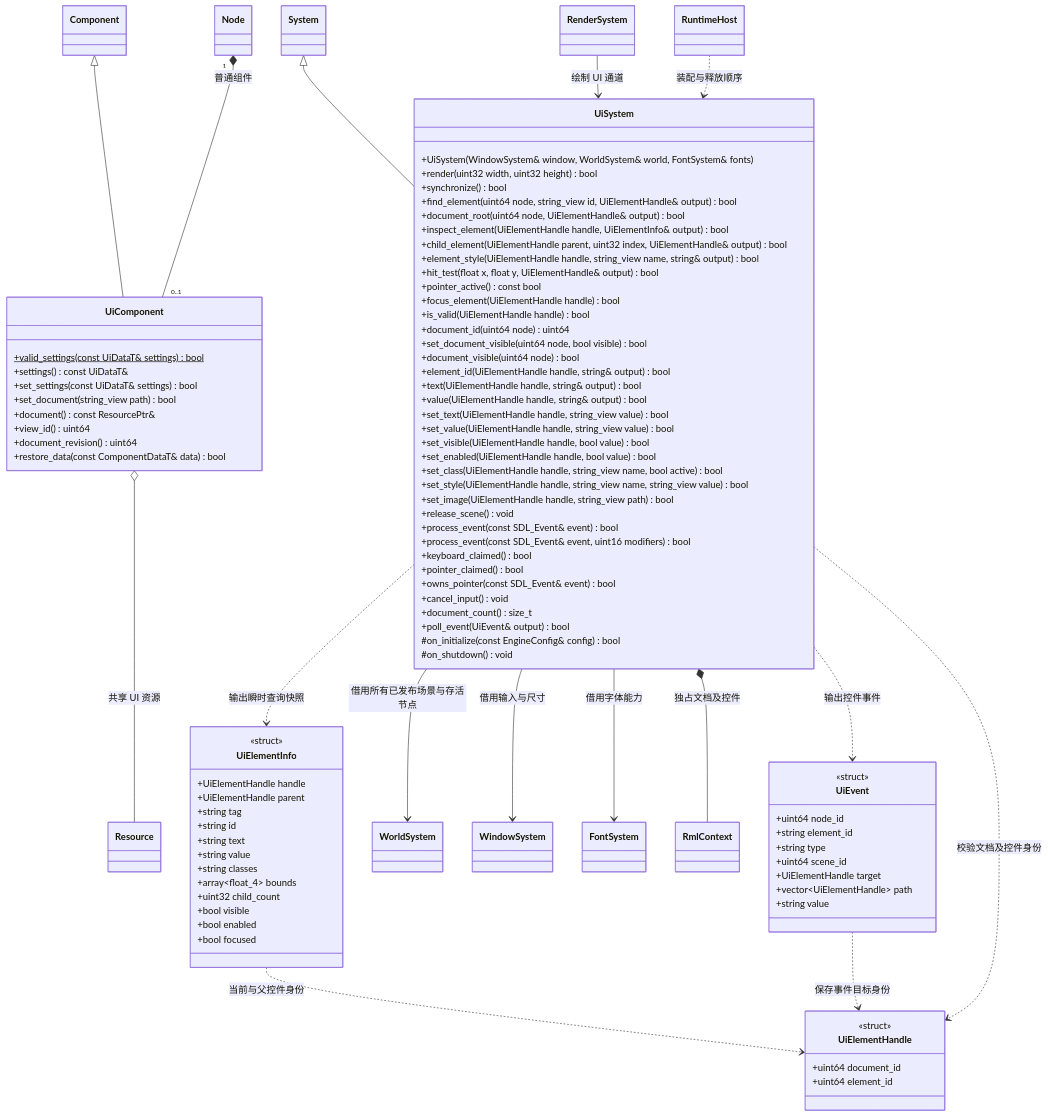
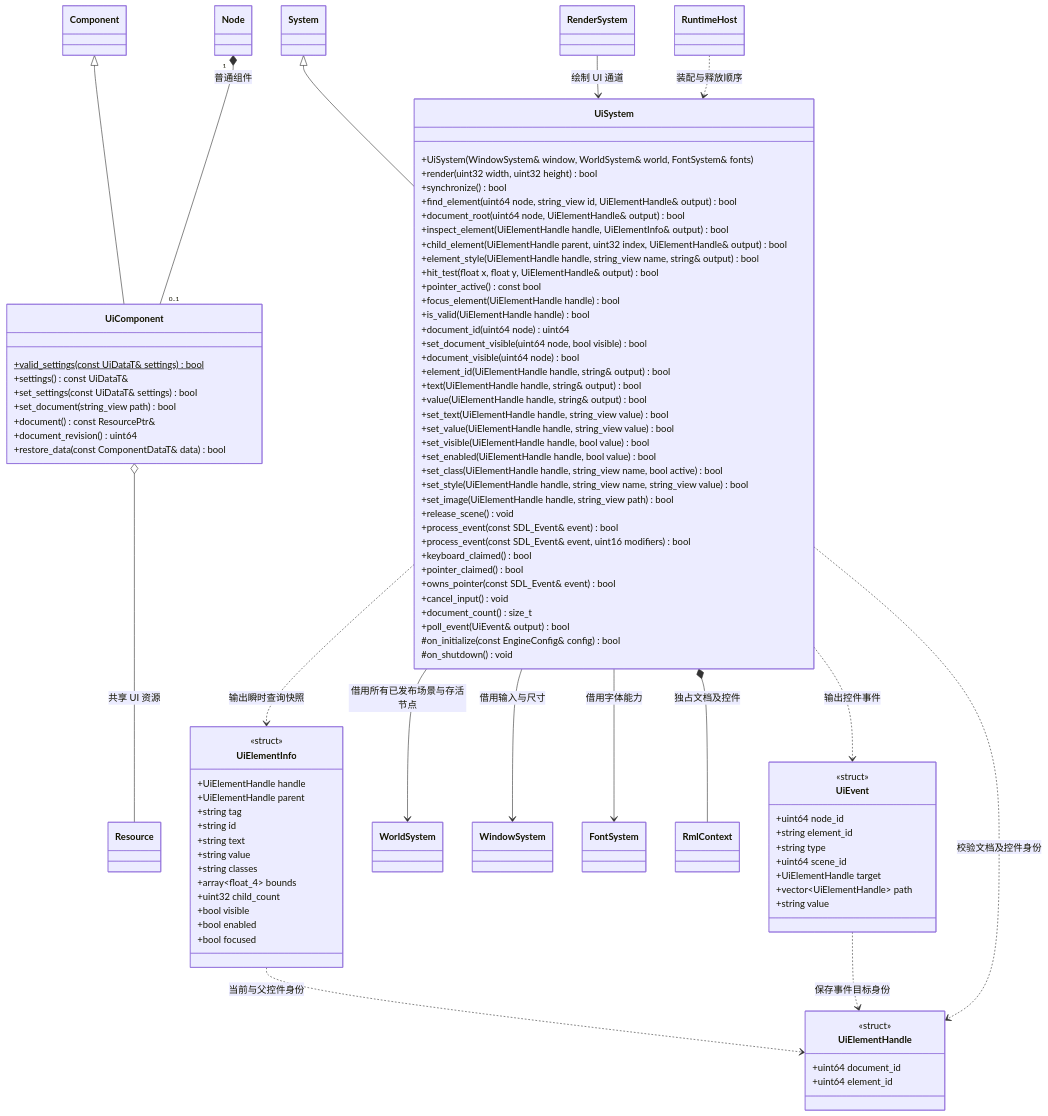
One commit to lcals/Engine changed the diagram in docs/runtime/class-diagrams/ui-system.md. Above: the diagram before and after it, drawn with Mermaid. The commit also changed other lines of this file and 195 other files, not shown here.

```diff
--- a/docs/runtime/class-diagrams/ui-system.md
+++ b/docs/runtime/class-diagrams/ui-system.md
@@ -13,7 +13,6 @@
         +set_settings(const UiDataT& settings) bool
         +set_document(string_view path) bool
         +document() const ResourcePtr&
-        +view_id() uint64
         +document_revision() uint64
         +restore_data(const ComponentDataT& data) bool
     }
```
